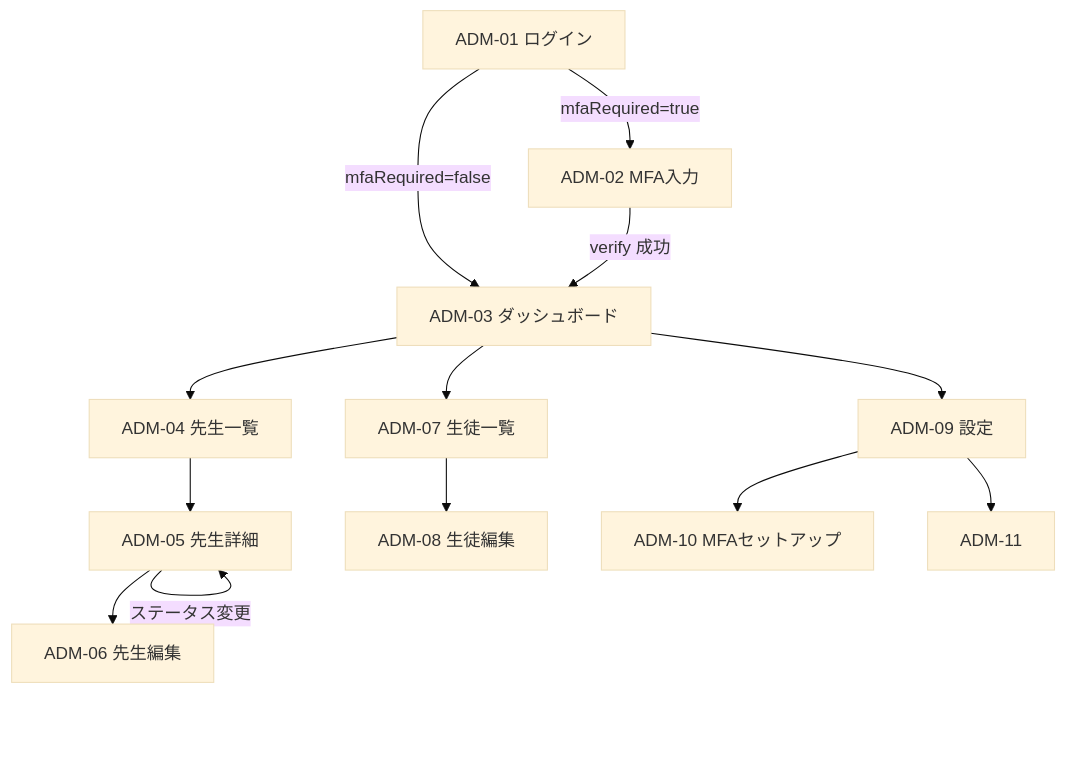
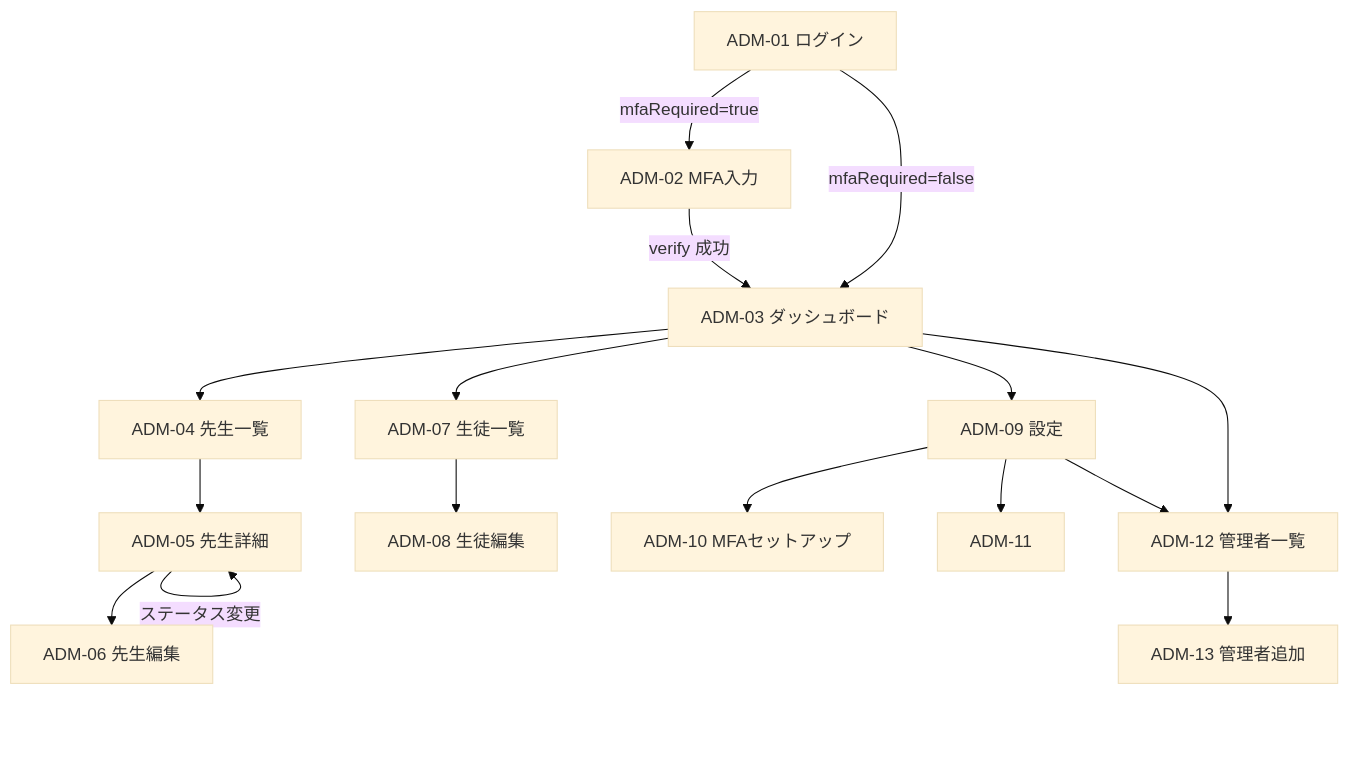
Before and after one commit to moka-neko/nests-webapp-001: the third of 4 diagrams in docs/screen-design.md, drawn with Mermaid (base theme). The commit also changed other lines of this file and 13 other files, not shown here.

````diff
--- a/docs/screen-design.md
+++ b/docs/screen-design.md
@@ -169,26 +171,31 @@
 ```mermaid
 flowchart TB
     LOGIN[ADM-01 ログイン]
     MFA[ADM-02 MFA入力]
     DASH[ADM-03 ダッシュボード]
     TL[ADM-04 先生一覧]
     TD[ADM-05 先生詳細]
     TE[ADM-06 先生編集]
     SL[ADM-07 生徒一覧]
     SE[ADM-08 生徒編集]
     SET[ADM-09 設定]
     MFA_SETUP[ADM-10 MFAセットアップ]
+    USERS[ADM-12 管理者一覧]
+    USER_NEW[ADM-13 管理者追加]
 
     LOGIN -->|mfaRequired=true| MFA
     LOGIN -->|mfaRequired=false| DASH
     MFA -->|verify 成功| DASH
     DASH --> TL
     DASH --> SL
     DASH --> SET
+    DASH --> USERS
     TL --> TD
     TD --> TE
     TD -->|ステータス変更| TD
     SL --> SE
     SET --> MFA_SETUP
     SET --> ADM-11
+    SET --> USERS
+    USERS --> USER_NEW
 ```
````
